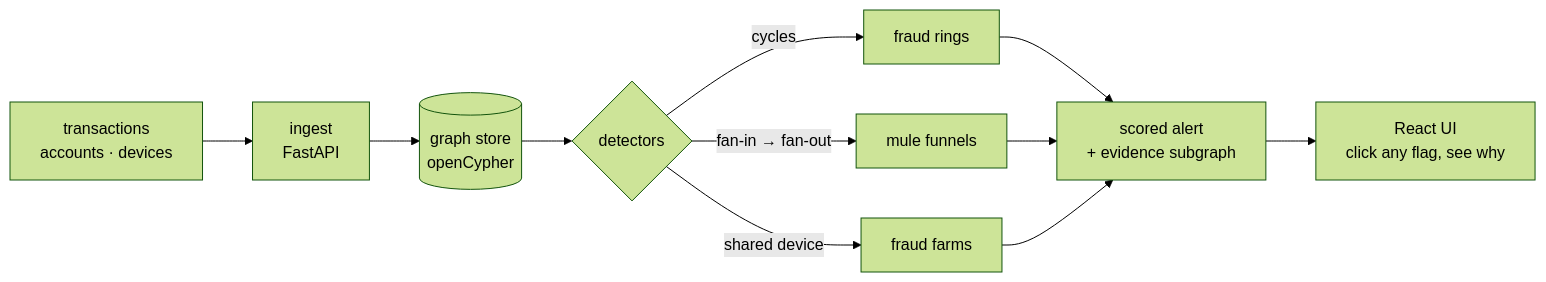
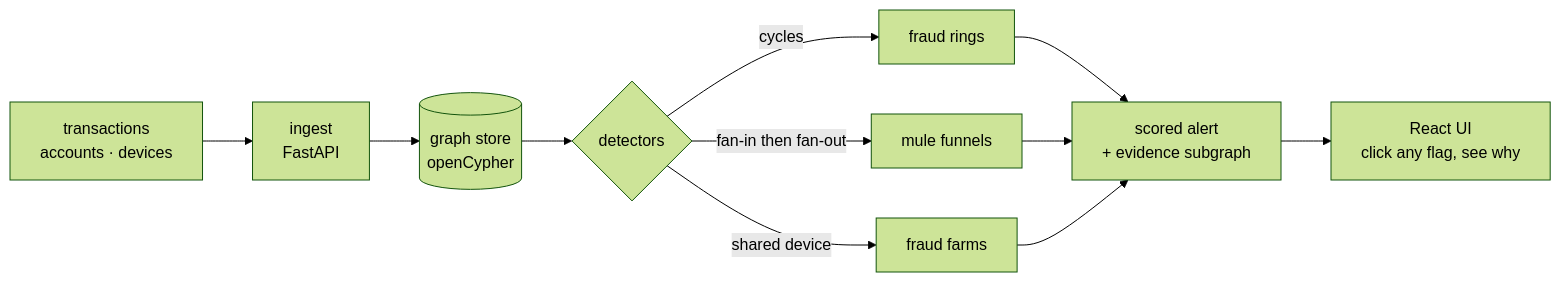
The diagram in README.md (dhanoliya-ji/dhanoliya-ji), drawn with Mermaid (forest theme) before and after one commit. The commit also changed 2 other files, not shown here.

Commit message:
Quote the mermaid labels and lift the light-mode mesh
Unquoted mermaid labels containing <br/> and non-ASCII arrows are fragile;
quoting them is the documented-safe form. The light palette's far mesh lines
were nearly invisible against white.

````diff
--- a/README.md
+++ b/README.md
@@ -105,13 +105,13 @@
 ```mermaid
 flowchart LR
-    A[transactions<br/>accounts · devices] --> B[ingest<br/>FastAPI]
-    B --> C[(graph store<br/>openCypher)]
-    C --> D{detectors}
-    D -->|cycles| E[fraud rings]
-    D -->|fan-in → fan-out| F[mule funnels]
-    D -->|shared device| G[fraud farms]
-    E --> H[scored alert<br/>+ evidence subgraph]
+    A["transactions<br/>accounts · devices"] --> B["ingest<br/>FastAPI"]
+    B --> C[("graph store<br/>openCypher")]
+    C --> D{"detectors"}
+    D -->|"cycles"| E["fraud rings"]
+    D -->|"fan-in then fan-out"| F["mule funnels"]
+    D -->|"shared device"| G["fraud farms"]
+    E --> H["scored alert<br/>+ evidence subgraph"]
     F --> H
     G --> H
-    H --> I[React UI<br/>click any flag, see why]
+    H --> I["React UI<br/>click any flag, see why"]
 ```
````
